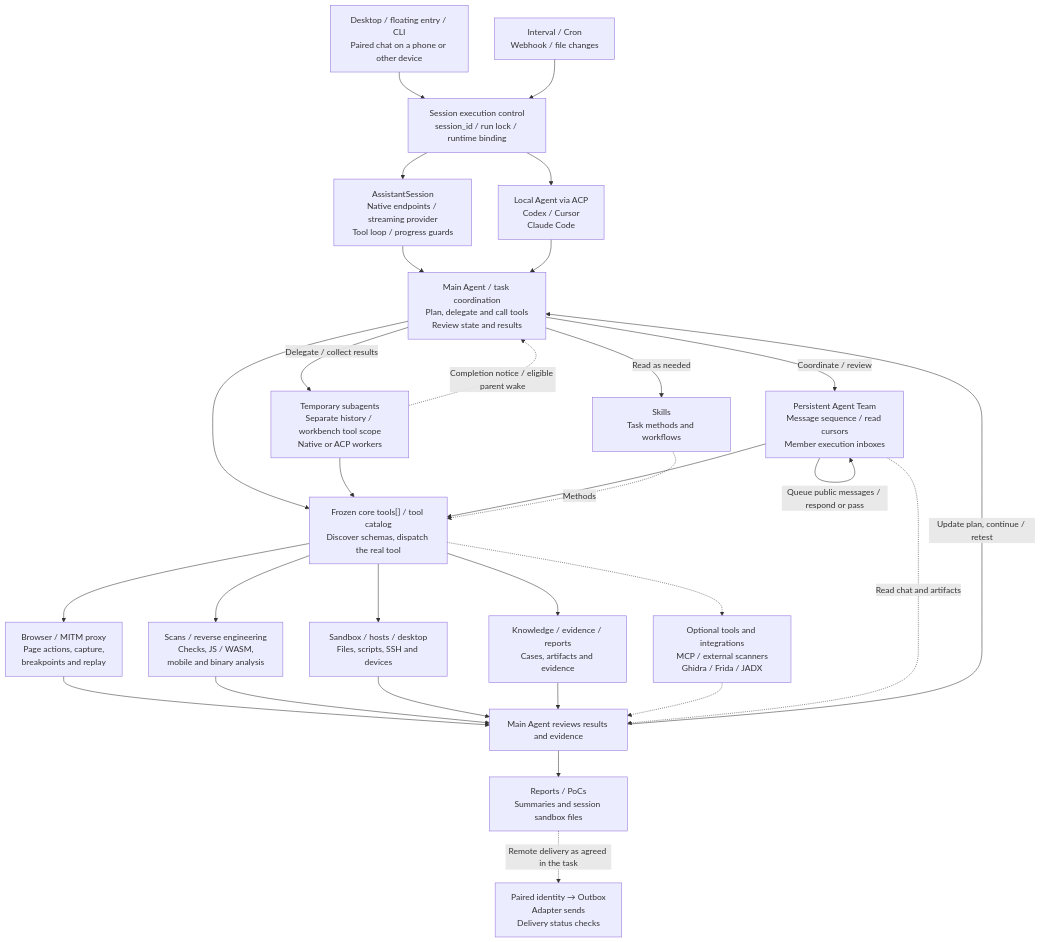
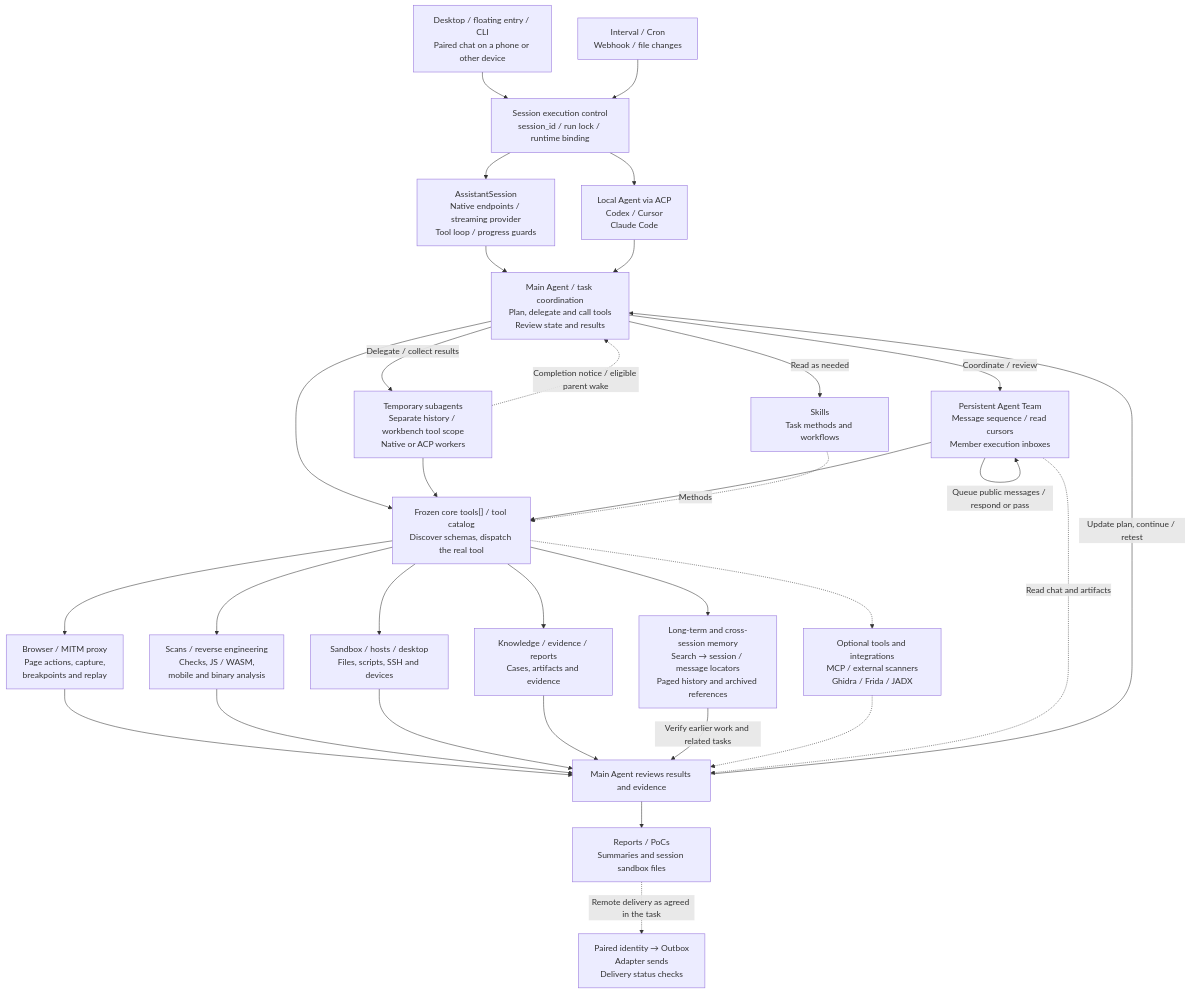
Before and after one commit to HG-ha/Argusai: the first of 3 diagrams in README.en.md, drawn with Mermaid. The commit also changed other lines of this file and 7 other files, not shown here.

Commit message:
docs: explain long-term memory and cross-session recall

````diff
--- a/README.en.md
+++ b/README.en.md
@@ -44,34 +44,36 @@
 ```mermaid
 flowchart TB
     Input["Desktop / floating entry / CLI<br/>Paired chat on a phone or other device"] --> Session["Session execution control<br/>session_id / run lock / runtime binding"]
     Events["Interval / Cron<br/>Webhook / file changes"] --> Session
     Session --> Native["AssistantSession<br/>Native endpoints / streaming provider<br/>Tool loop / progress guards"]
     Session --> ACP["Local Agent via ACP<br/>Codex / Cursor<br/>Claude Code"]
     Native --> Main["Main Agent / task coordination<br/>Plan, delegate and call tools<br/>Review state and results"]
     ACP --> Main
 
     Main -->|Delegate / collect results| Sub["Temporary subagents<br/>Separate history / workbench tool scope<br/>Native or ACP workers"]
     Main -->|Coordinate / review| Team["Persistent Agent Team<br/>Message sequence / read cursors<br/>Member execution inboxes"]
     Main -->|Read as needed| Skills["Skills<br/>Task methods and workflows"]
     Main --> Tools["Frozen core tools[] / tool catalog<br/>Discover schemas, dispatch the real tool"]
     Sub --> Tools
     Team --> Tools
     Skills -.->|Methods| Tools
 
     Tools --> Web["Browser / MITM proxy<br/>Page actions, capture,<br/>breakpoints and replay"]
     Tools --> Analysis["Scans / reverse engineering<br/>Checks, JS / WASM,<br/>mobile and binary analysis"]
     Tools --> Execution["Sandbox / hosts / desktop<br/>Files, scripts, SSH and devices"]
     Tools --> Knowledge["Knowledge / evidence / reports<br/>Cases, artifacts and evidence"]
+    Tools --> Recall["Long-term and cross-session memory<br/>Search → session / message locators<br/>Paged history and archived references"]
     Tools -.-> Extensions["Optional tools and integrations<br/>MCP / external scanners<br/>Ghidra / Frida / JADX"]
     Web --> Review["Main Agent reviews results and evidence"]
     Analysis --> Review
     Execution --> Review
     Knowledge --> Review
+    Recall -->|Verify earlier work and related tasks| Review
     Extensions -.-> Review
     Review --> Delivery["Reports / PoCs<br/>Summaries and session sandbox files"]
     Delivery -.->|Remote delivery as agreed in the task| Outbox["Paired identity → Outbox<br/>Adapter sends<br/>Delivery status checks"]
     Review -->|Update plan, continue / retest| Main
     Sub -.->|Completion notice / eligible parent wake| Main
     Team -->|Queue public messages / respond or pass| Team
     Team -.->|Read chat and artifacts| Review
 ```
````
